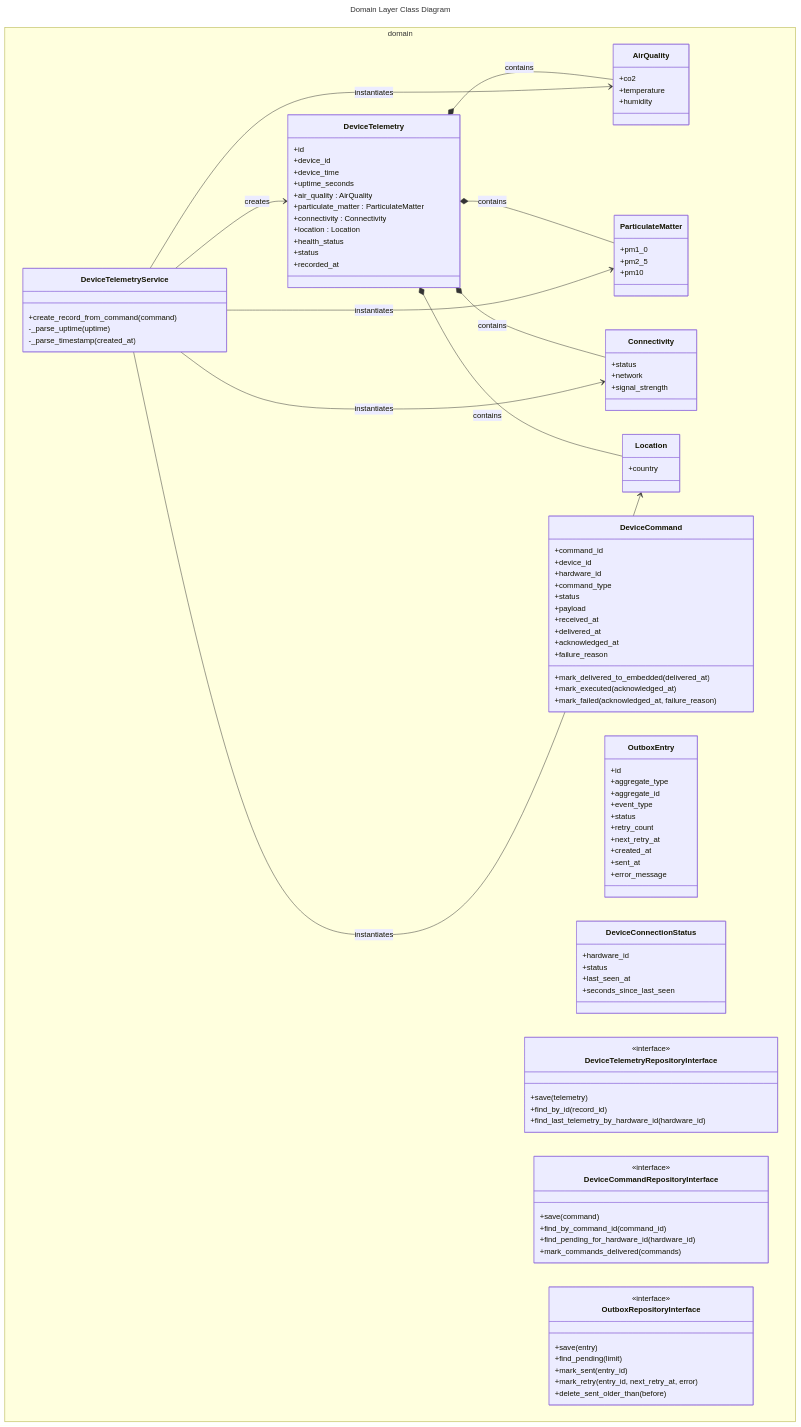
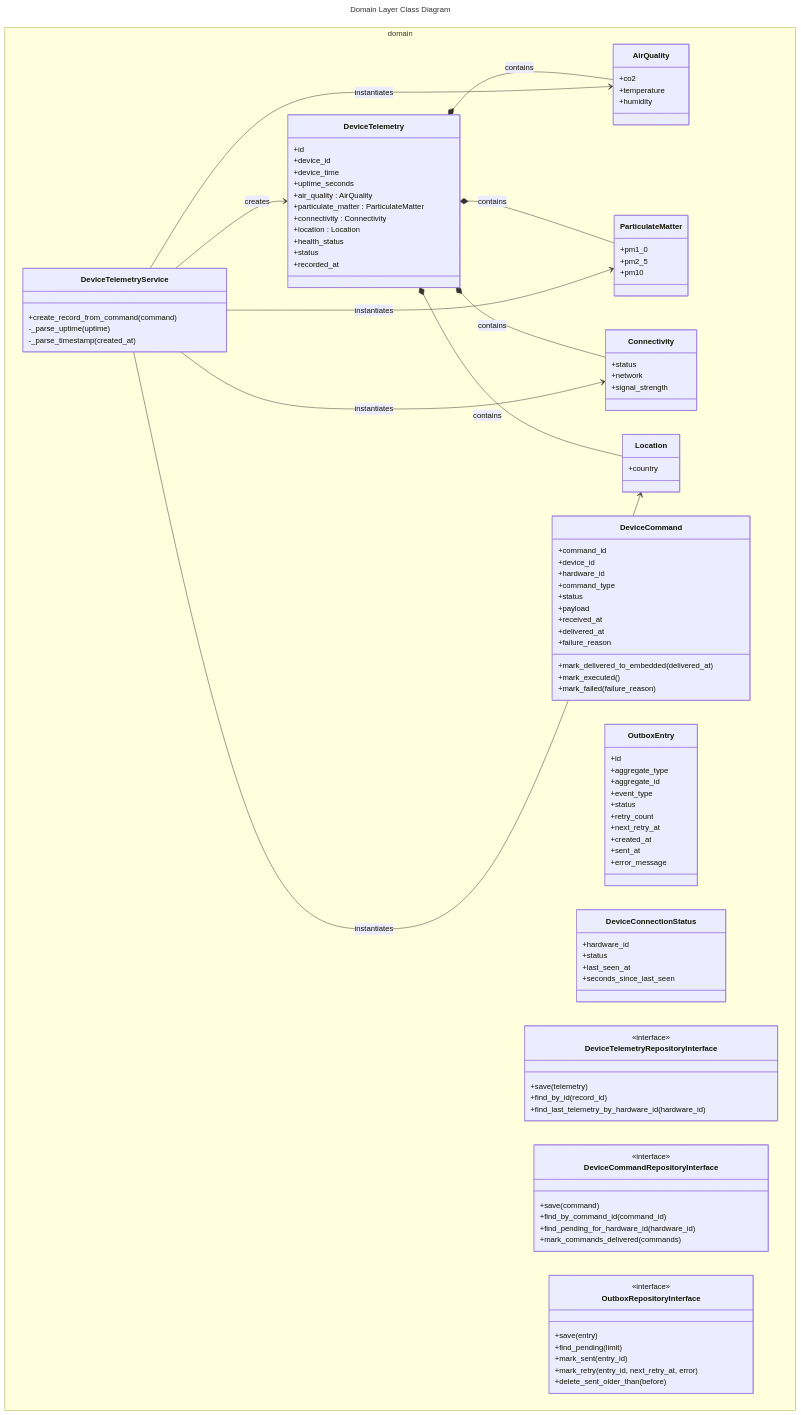
One commit to bananawire/edge changed the fourth of 5 diagrams in docs/class-diagrams/device_class_diagram.md. Above: the diagram before and after it, drawn with Mermaid. The commit also changed other lines of this file and 23 other files, not shown here.

```diff
--- a/docs/class-diagrams/device_class_diagram.md
+++ b/docs/class-diagrams/device_class_diagram.md
@@ -486,11 +484,10 @@
         +payload
         +received_at
         +delivered_at
-        +acknowledged_at
         +failure_reason
         +mark_delivered_to_embedded(delivered_at)
-        +mark_executed(acknowledged_at)
-        +mark_failed(acknowledged_at, failure_reason)
+        +mark_executed()
+        +mark_failed(failure_reason)
     }
 
     class OutboxEntry {
```
